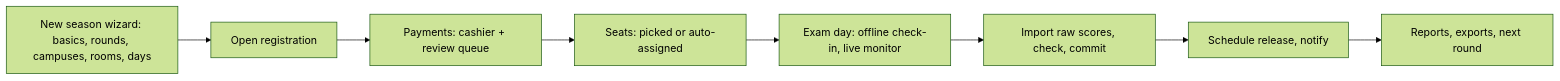
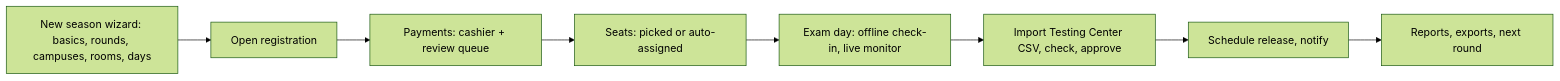
One commit to orbitsdev/sksu-tpt-v4 changed the fourth of 5 diagrams in docs/PRD.md. Above: the diagram before and after it, drawn with Mermaid (forest theme). The commit also changed other lines of this file and 15 other files, not shown here.

Commit message:
Scores are imported from the Testing Center CSV, never computed: template, checks, progress, summary, delivery report; results import doc

````diff
--- a/docs/PRD.md
+++ b/docs/PRD.md
@@ -210,10 +211,10 @@
 ```mermaid
 flowchart LR
     S1[New season wizard: basics, rounds, campuses, rooms, days] --> S2[Open registration]
     S2 --> S3[Payments: cashier + review queue]
     S3 --> S4[Seats: picked or auto-assigned]
     S4 --> S5[Exam day: offline check-in, live monitor]
-    S5 --> S6[Import raw scores, check, commit]
+    S5 --> S6[Import Testing Center CSV, check, approve]
     S6 --> S7[Schedule release, notify]
     S7 --> S8[Reports, exports, next round]
 ```
````
